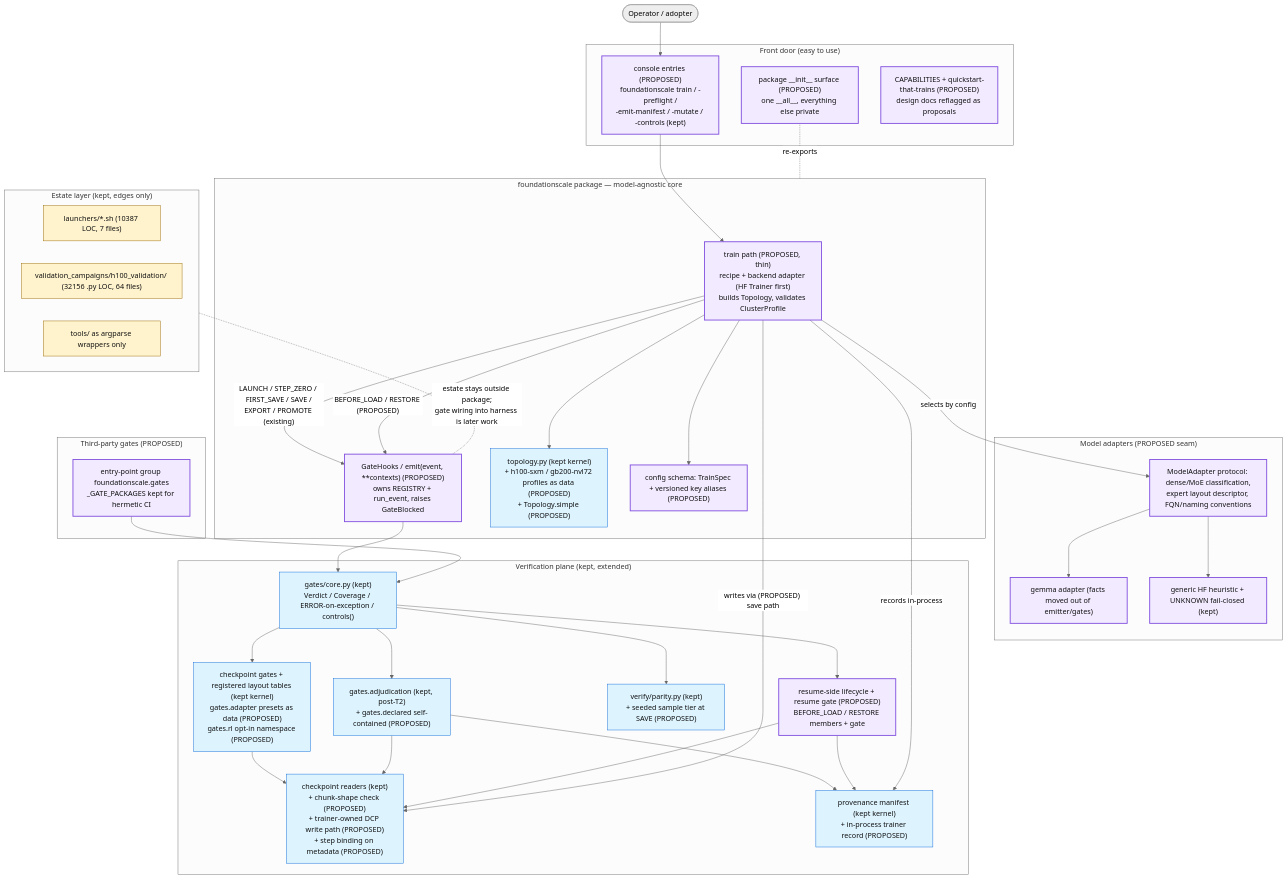
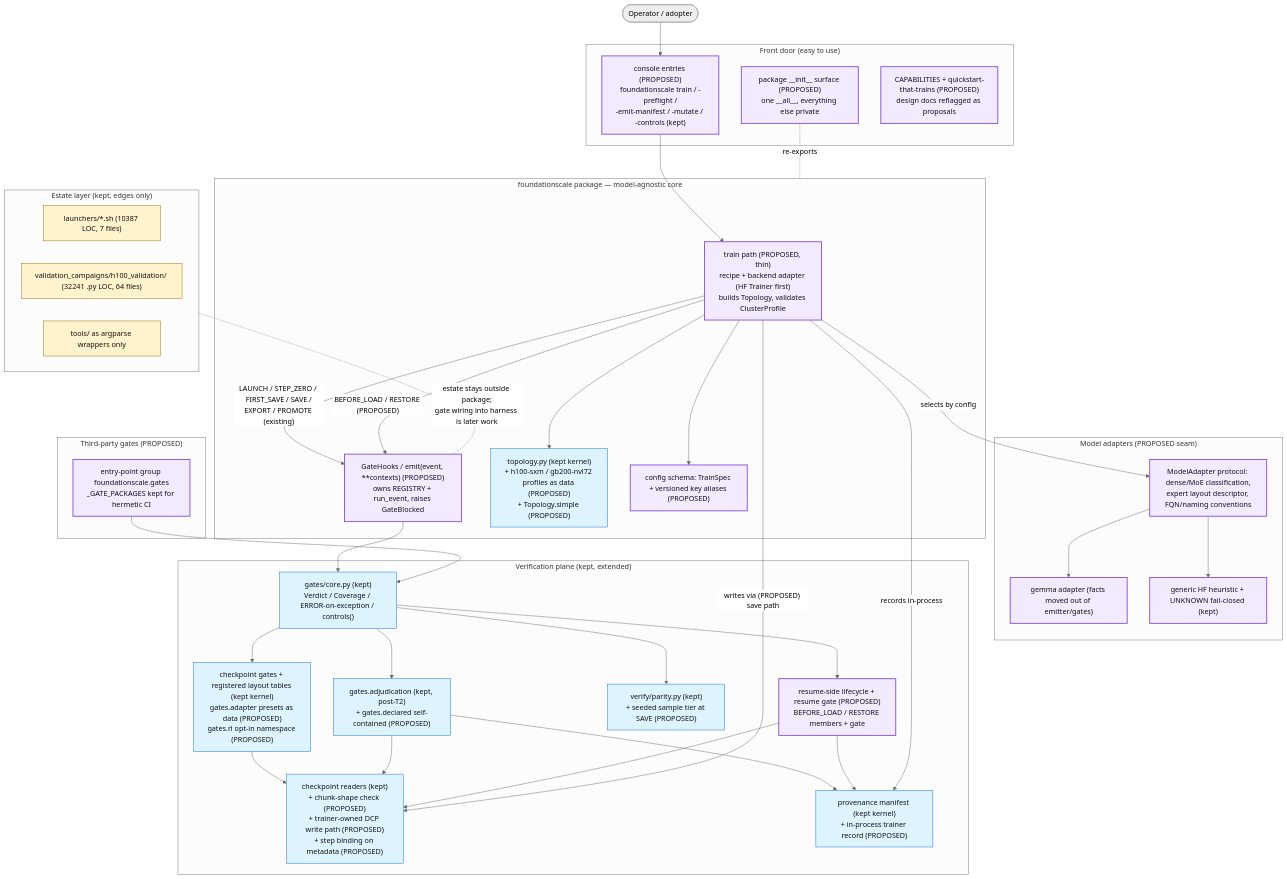
One commit to TranNhiem/FoundationScale changed the diagram in docs/review/D5_proposed_architecture.md. Above: the diagram before and after it, drawn with Mermaid (neutral theme). The commit also changed other lines of this file and 10 other files, not shown here.

````diff
--- a/docs/review/D5_proposed_architecture.md
+++ b/docs/review/D5_proposed_architecture.md
@@ -13,74 +13,74 @@
 ```mermaid
 flowchart TB
   U(["Operator / adopter"])
 
   subgraph FRONT["Front door (easy to use)"]
     CLI["console entries (PROPOSED)<br/>foundationscale train / -preflight /<br/>-emit-manifest / -mutate / -controls (kept)"]
     SURF["package __init__ surface (PROPOSED)<br/>one __all__, everything else private"]
     DOCS["CAPABILITIES + quickstart-that-trains (PROPOSED)<br/>design docs reflagged as proposals"]
   end
 
   subgraph CORE["foundationscale package — model-agnostic core"]
     TRAIN["train path (PROPOSED, thin)<br/>recipe + backend adapter (HF Trainer first)<br/>builds Topology, validates ClusterProfile"]
     HOOKS["GateHooks / emit(event, **contexts) (PROPOSED)<br/>owns REGISTRY + run_event, raises GateBlocked"]
     TOPO["topology.py (kept kernel)<br/>+ h100-sxm / gb200-nvl72 profiles as data (PROPOSED)<br/>+ Topology.simple (PROPOSED)"]
     CONFIG["config schema: TrainSpec + versioned key aliases (PROPOSED)"]
   end
 
   subgraph ADAPT["Model adapters (PROPOSED seam)"]
     MA["ModelAdapter protocol: dense/MoE classification,<br/>expert layout descriptor, FQN/naming conventions"]
     GEM["gemma adapter (facts moved out of emitter/gates)"]
     HF["generic HF heuristic + UNKNOWN fail-closed (kept)"]
   end
 
   subgraph VERIFY["Verification plane (kept, extended)"]
     GCORE["gates/core.py (kept)<br/>Verdict / Coverage / ERROR-on-exception / controls()"]
     GCK["checkpoint gates + registered layout tables (kept kernel)<br/>gates.adapter presets as data (PROPOSED)<br/>gates.rl opt-in namespace (PROPOSED)"]
     ADJ["gates.adjudication (kept, post-T2)<br/>+ gates.declared self-contained (PROPOSED)"]
     PAR["verify/parity.py (kept)<br/>+ seeded sample tier at SAVE (PROPOSED)"]
     CKIO["checkpoint readers (kept)<br/>+ chunk-shape check (PROPOSED)<br/>+ trainer-owned DCP write path (PROPOSED)<br/>+ step binding on metadata (PROPOSED)"]
     PROV["provenance manifest (kept kernel)<br/>+ in-process trainer record (PROPOSED)"]
     RES["resume-side lifecycle + resume gate (PROPOSED)<br/>BEFORE_LOAD / RESTORE members + gate"]
   end
 
   subgraph PLUG["Third-party gates (PROPOSED)"]
     EP["entry-point group foundationscale.gates<br/>_GATE_PACKAGES kept for hermetic CI"]
   end
 
   subgraph ESTATE["Estate layer (kept, edges only)"]
     LAU["launchers/*.sh (10387 LOC, 7 files)"]
-    H100["validation_campaigns/h100_validation/ (32156 .py LOC, 64 files)"]
+    H100["validation_campaigns/h100_validation/ (32241 .py LOC, 64 files)"]
     WRAP["tools/ as argparse wrappers only"]
   end
 
   U --> CLI --> TRAIN
   SURF -. re-exports .- CORE
   TRAIN --> TOPO
   TRAIN --> CONFIG
   TRAIN -- "selects by config" --> MA
   MA --> GEM
   MA --> HF
   TRAIN -- "LAUNCH / STEP_ZERO / FIRST_SAVE / SAVE /<br/>EXPORT / PROMOTE (existing)" --> HOOKS
   TRAIN -- "BEFORE_LOAD / RESTORE (PROPOSED)" --> HOOKS
   HOOKS --> GCORE
   EP --> GCORE
   GCORE --> GCK
   GCORE --> ADJ
   GCORE --> PAR
   GCORE --> RES
   GCK --> CKIO
   ADJ --> CKIO
   ADJ --> PROV
   RES --> CKIO
   RES --> PROV
   TRAIN -- "writes via (PROPOSED) save path" --> CKIO
   TRAIN -- "records in-process" --> PROV
   ESTATE -. "estate stays outside package;<br/>gate wiring into harness is later work" .- HOOKS
 
   classDef new fill:#f2eaff,stroke:#8250df,stroke-width:2px,color:#111;
   classDef kept fill:#ddf4ff,stroke:#0969da,color:#111;
   classDef estate fill:#fff3cd,stroke:#9a6700,color:#111;
   class TRAIN,HOOKS,CLI,SURF,DOCS,MA,GEM,HF,RES,EP,CONFIG new;
   class GCORE,GCK,ADJ,PAR,CKIO,PROV,TOPO kept;
   class LAU,H100,WRAP estate;
 ```
````
